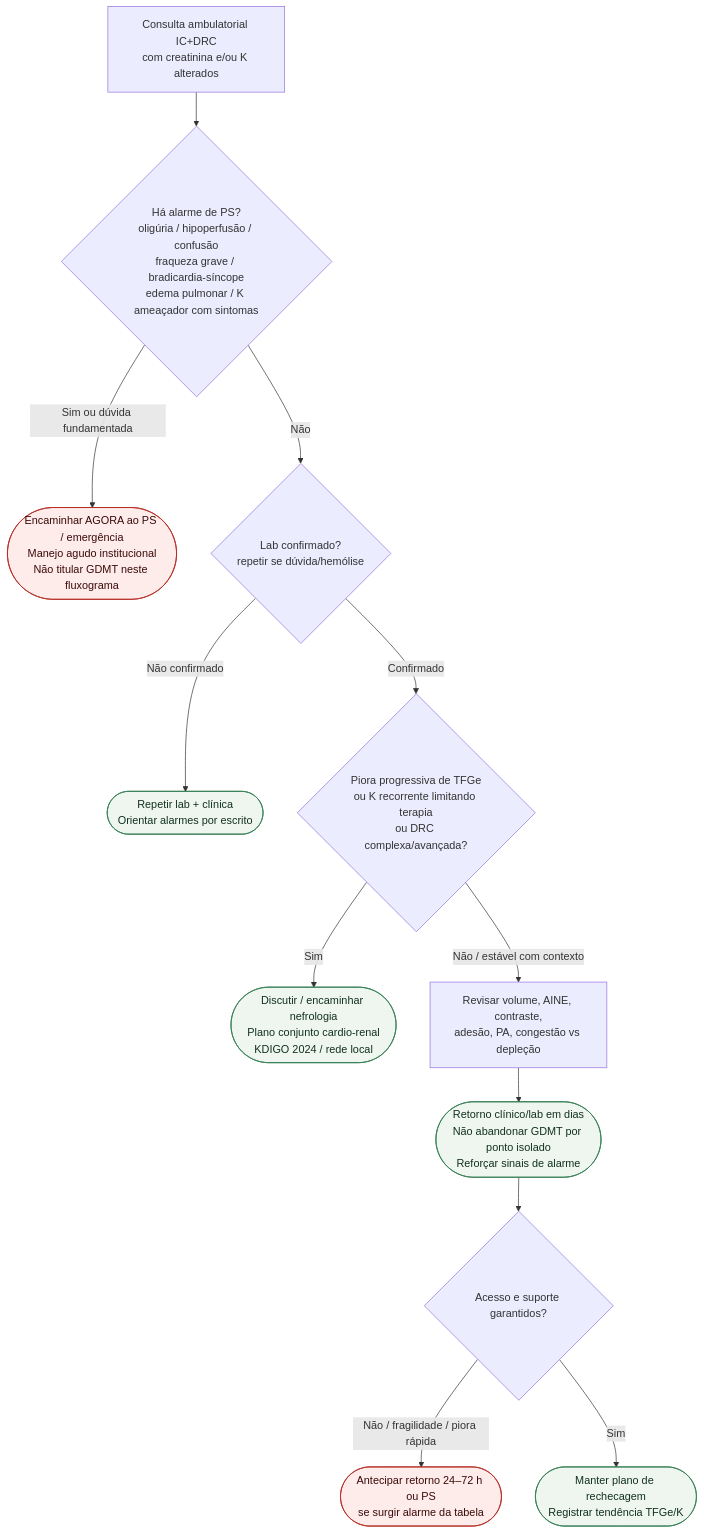
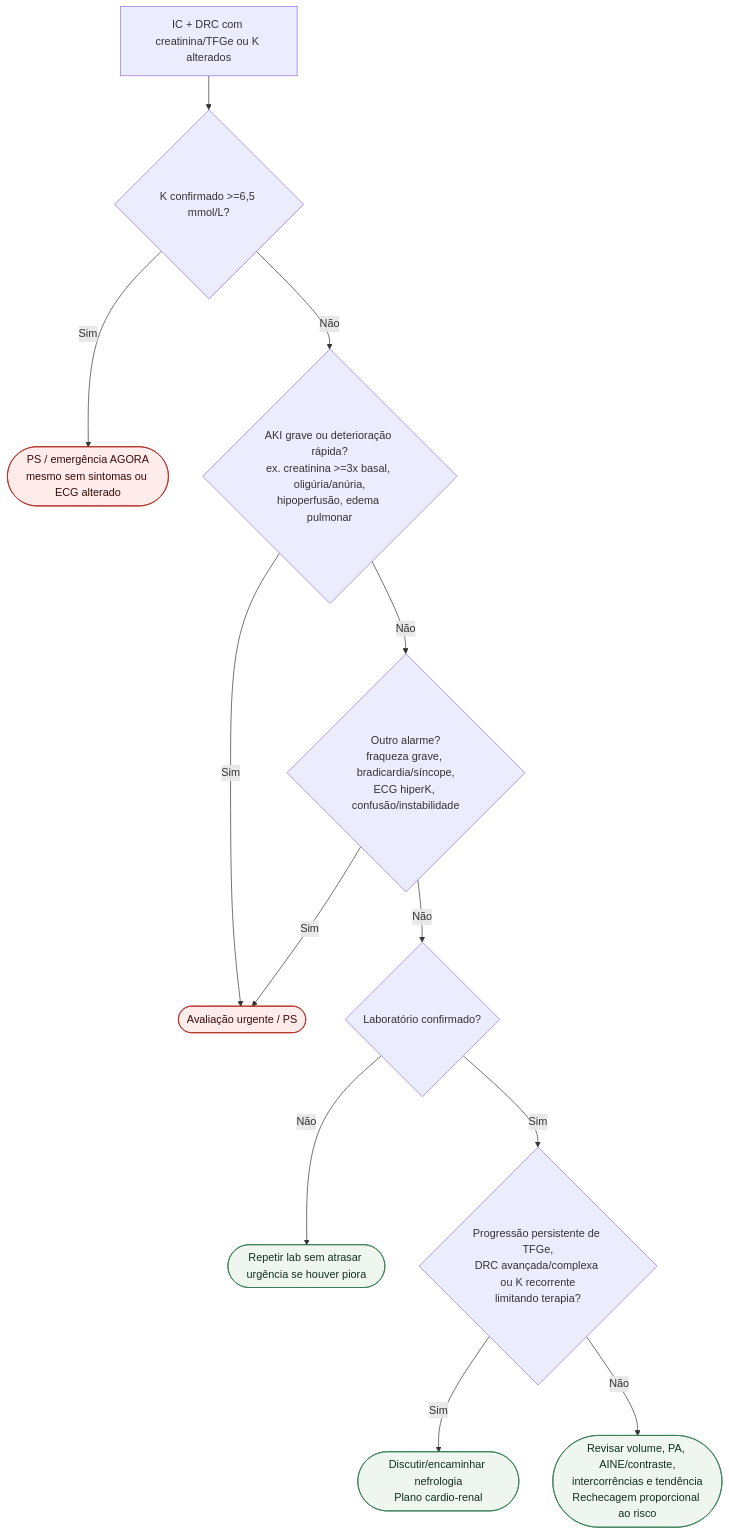
Before and after one commit to rafaelpaesmeirelles/MeuCardio: the diagram in content/Cardiorrenal/fluxograma-ambulatorial-creatinina-e-potassio-ic-drc-destino.md, drawn with Mermaid. The commit also changed other lines of this file, not shown here.

Commit message:
fix(content): corrige fluxograma cardiorrenal e marca revisado

````diff
--- a/content/Cardiorrenal/fluxograma-ambulatorial-creatinina-e-potassio-ic-drc-destino.md
+++ b/content/Cardiorrenal/fluxograma-ambulatorial-creatinina-e-potassio-ic-drc-destino.md
@@ -23,26 +19,23 @@
 ```mermaid
 flowchart TD
-  R0["Consulta ambulatorial IC+DRC<br/>com creatinina e/ou K alterados"] --> D1{"Há alarme de PS?<br/>oligúria / hipoperfusão / confusão<br/>fraqueza grave / bradicardia-síncope<br/>edema pulmonar / K ameaçador com sintomas"}
+  R0["IC + DRC com creatinina/TFGe ou K alterados"] --> D0{"K confirmado >=6,5 mmol/L?"}
+  D0 -->|"Sim"| C0(["PS / emergência AGORA<br/>mesmo sem sintomas ou ECG alterado"])
 
-  D1 -->|"Sim ou dúvida fundamentada"| C1(["Encaminhar AGORA ao PS / emergência<br/>Manejo agudo institucional<br/>Não titular GDMT neste fluxograma"])
+  D0 -->|"Não"| D1{"AKI grave ou deterioração rápida?<br/>ex. creatinina >=3x basal, oligúria/anúria,<br/>hipoperfusão, edema pulmonar"}
+  D1 -->|"Sim"| C1(["Avaliação urgente / PS"])
 
-  D1 -->|"Não"| D2{"Lab confirmado?<br/>repetir se dúvida/hemólise"}
+  D1 -->|"Não"| D2{"Outro alarme?<br/>fraqueza grave, bradicardia/síncope,<br/>ECG hiperK, confusão/instabilidade"}
+  D2 -->|"Sim"| C1
 
-  D2 -->|"Não confirmado"| C2(["Repetir lab + clínica<br/>Orientar alarmes por escrito"])
+  D2 -->|"Não"| D3{"Laboratório confirmado?"}
+  D3 -->|"Não"| C2(["Repetir lab sem atrasar urgência se houver piora"])
 
-  D2 -->|"Confirmado"| D3{"Piora progressiva de TFGe<br/>ou K recorrente limitando terapia<br/>ou DRC complexa/avançada?"}
+  D3 -->|"Sim"| D4{"Progressão persistente de TFGe,<br/>DRC avançada/complexa ou K recorrente<br/>limitando terapia?"}
+  D4 -->|"Sim"| C3(["Discutir/encaminhar nefrologia<br/>Plano cardio-renal"])
+  D4 -->|"Não"| C4(["Revisar volume, PA, AINE/contraste,<br/>intercorrências e tendência<br/>Rechecagem proporcional ao risco"])
 
-  D3 -->|"Sim"| C3(["Discutir / encaminhar nefrologia<br/>Plano conjunto cardio-renal<br/>KDIGO 2024 / rede local"])
-
-  D3 -->|"Não / estável com contexto"| P1["Revisar volume, AINE, contraste,<br/>adesão, PA, congestão vs depleção"]
-  P1 --> C4(["Retorno clínico/lab em dias<br/>Não abandonar GDMT por ponto isolado<br/>Reforçar sinais de alarme"])
-
-  C4 --> D4{"Acesso e suporte garantidos?"}
-  D4 -->|"Não / fragilidade / piora rápida"| C5(["Antecipar retorno 24–72 h ou PS<br/>se surgir alarme da tabela"])
-  D4 -->|"Sim"| C6(["Manter plano de rechecagem<br/>Registrar tendência TFGe/K"])
-
+  classDef alerta fill:#fdecea,stroke:#b3261e,color:#3b0a0a;
   classDef conduta fill:#eef6ef,stroke:#2f7a4f,color:#12301f;
-  classDef alerta fill:#fdecea,stroke:#b3261e,color:#3b0a0a;
-  class C1,C5 alerta;
-  class C2,C3,C4,C6 conduta;
+  class C0,C1 alerta;
+  class C2,C3,C4 conduta;
 ```
````
